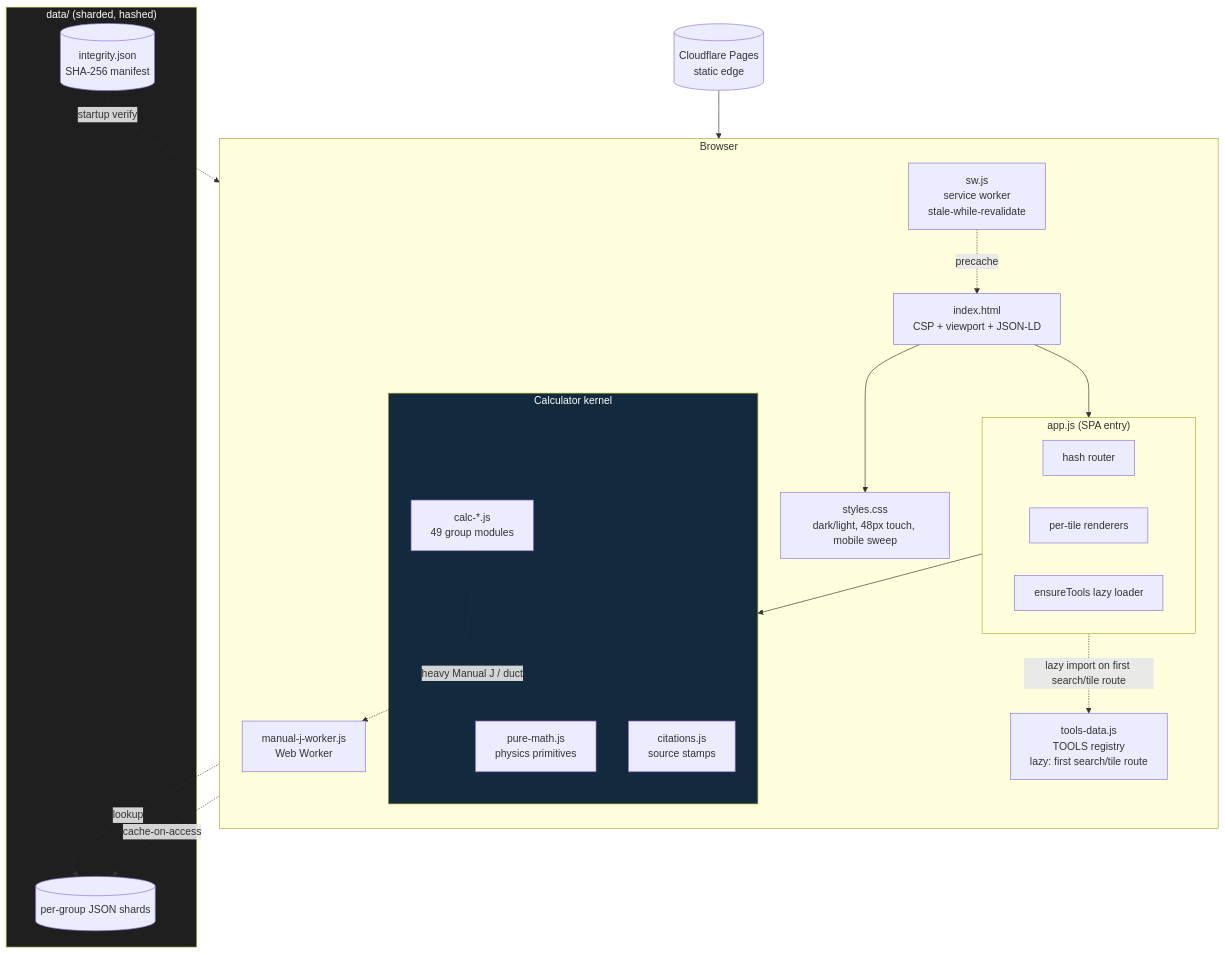
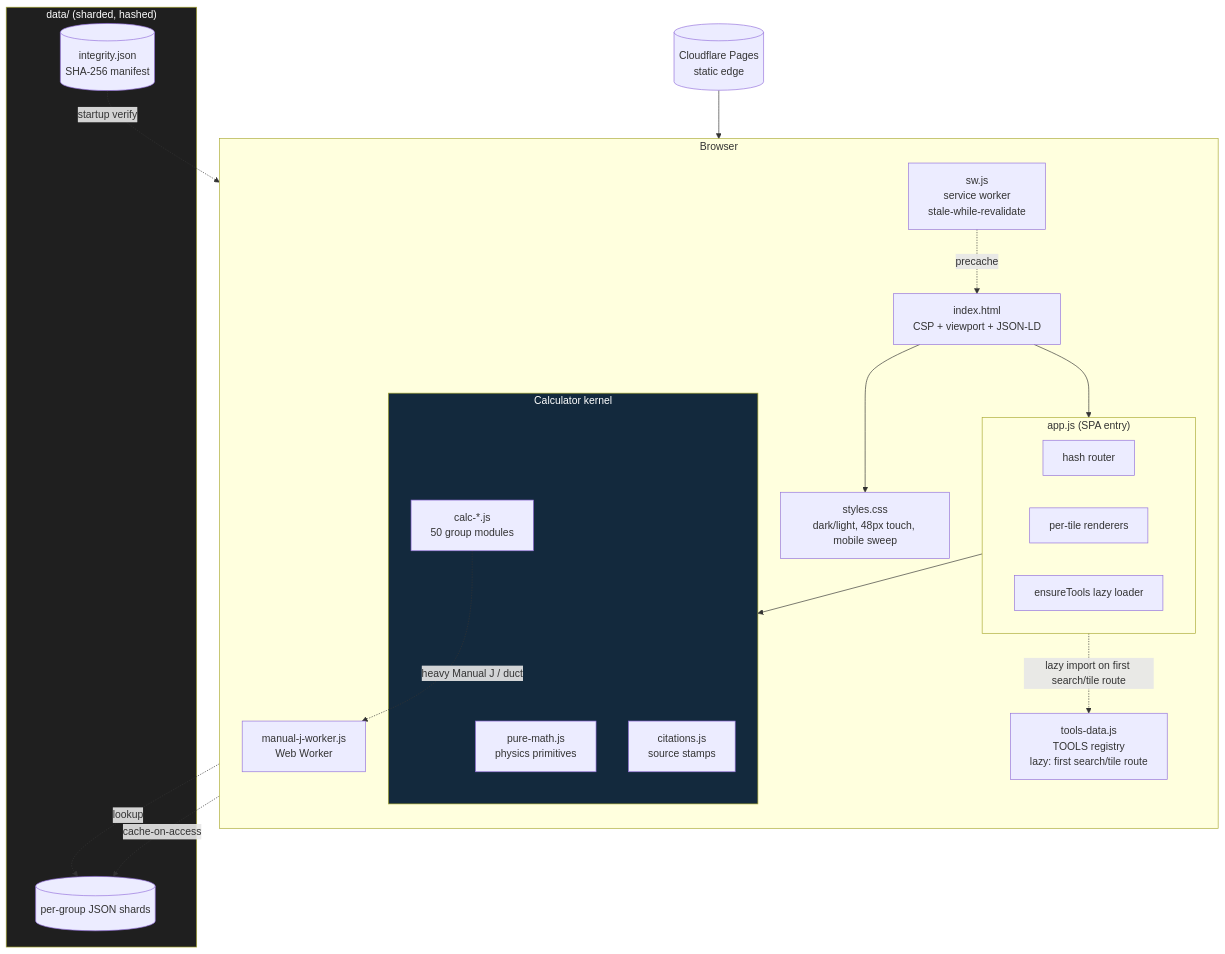
The second of 8 diagrams in README.md (clay-good/roughlogic.com), drawn with Mermaid before and after one commit. The commit also changed other lines of this file and 10 other files, not shown here.

````diff
--- a/README.md
+++ b/README.md
@@ -77,39 +77,39 @@
 ```mermaid
 flowchart TB
     subgraph Browser
         direction TB
         HTML[index.html\nCSP + viewport + JSON-LD]
         CSS[styles.css\ndark/light, 48px touch, mobile sweep]
         subgraph App["app.js (SPA entry)"]
             ROUTE[hash router]
             RENDER[per-tile renderers]
             ENSURE[ensureTools lazy loader]
         end
         TOOLS[tools-data.js\nTOOLS registry\nlazy: first search/tile route]
         subgraph Calc["Calculator kernel"]
             PM[pure-math.js\nphysics primitives]
-            CALC[calc-*.js\n49 group modules]
+            CALC[calc-*.js\n50 group modules]
             CIT[citations.js\nsource stamps]
         end
         SW[sw.js\nservice worker\nstale-while-revalidate]
         WORKER[manual-j-worker.js\nWeb Worker]
     end
     subgraph Data["data/ (sharded, hashed)"]
         SHARDS[(per-group JSON shards)]
         INTEG[(integrity.json\nSHA-256 manifest)]
     end
     CDN[(Cloudflare Pages\nstatic edge)]
 
     CDN --> HTML
     HTML --> CSS
     HTML --> App
     App -.lazy import on first search/tile route.-> TOOLS
     App --> Calc
     CALC -.->|heavy Manual J / duct| WORKER
     CALC -.->|lookup| SHARDS
     SW -.precache.-> HTML
     SW -.cache-on-access.-> SHARDS
     INTEG -.startup verify.-> App
     style Calc fill:#13293d,color:#fff
     style Data fill:#1f1f1f,color:#fff
 ```
````
